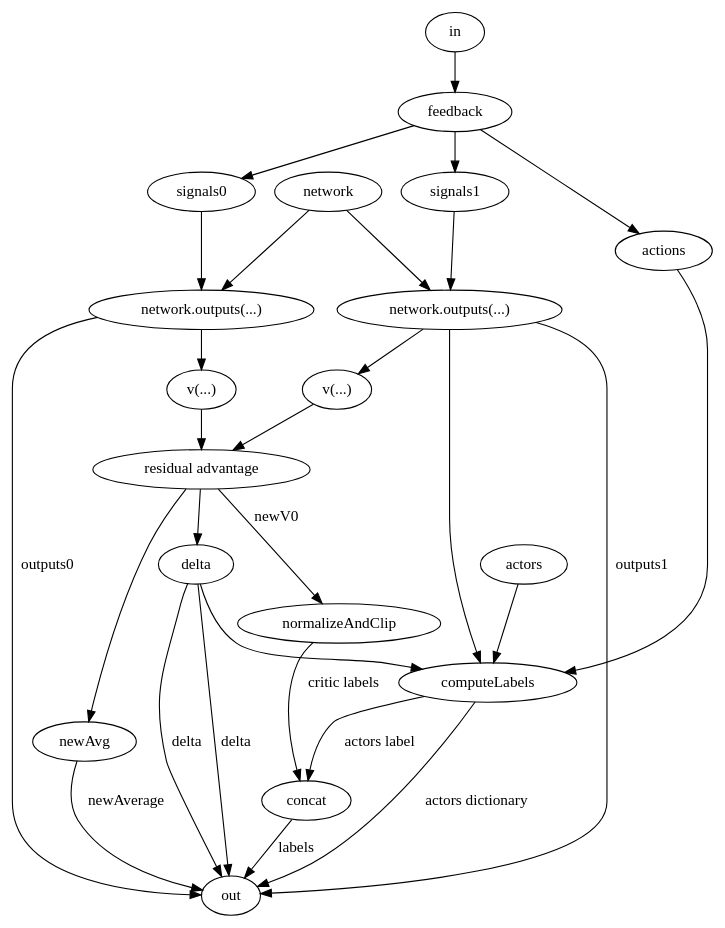
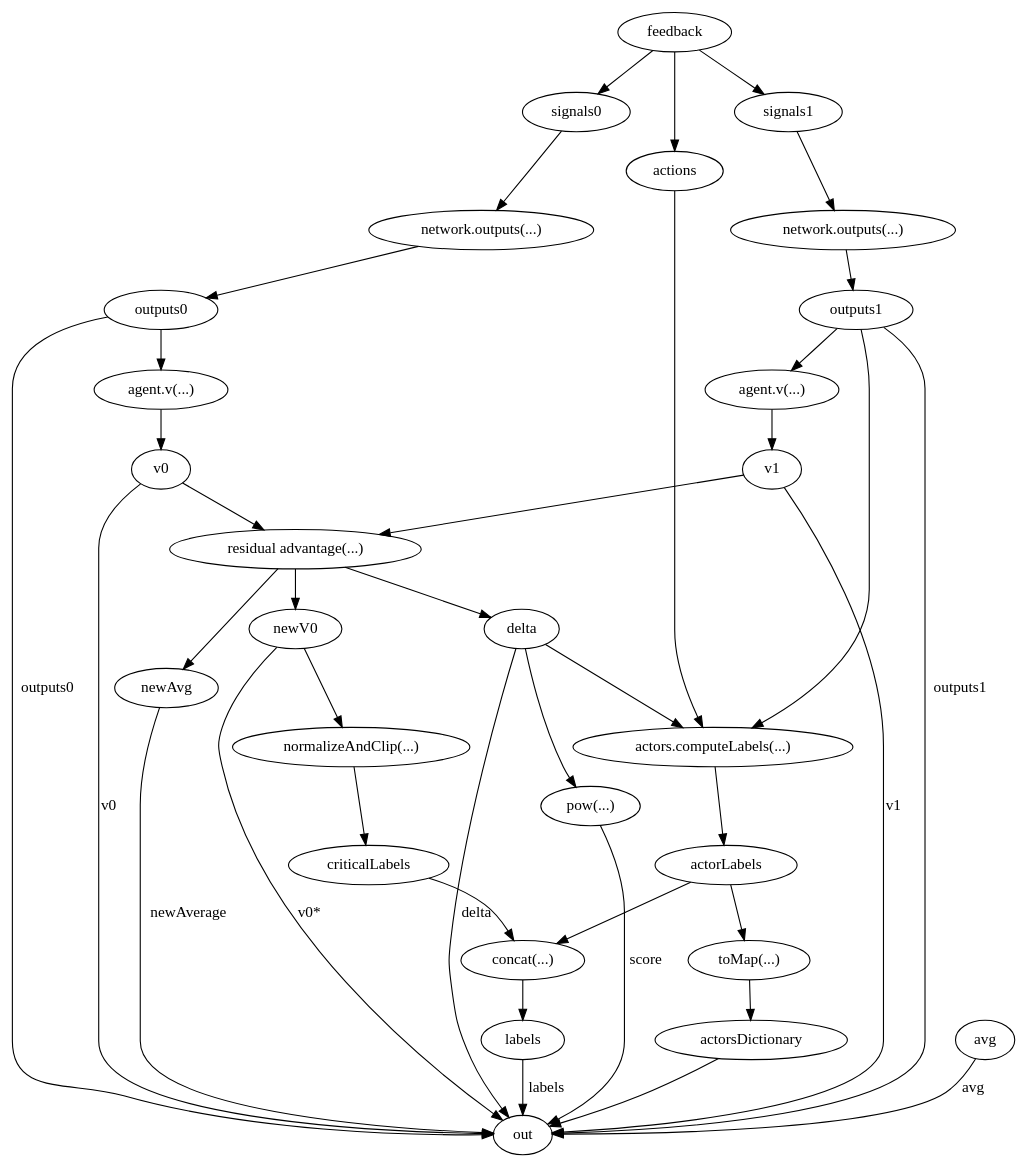
Before and after one commit to m-marini/scalarl: the fourth of 4 diagrams in docs/Charts.md, drawn with Graphviz. The commit also changed 1 other file, not shown here.

Commit message:
removed testEnv2

````diff
--- a/docs/Charts.md
+++ b/docs/Charts.md
@@ -63,45 +63,49 @@
 ```dot
 digraph plannerLoop {
-    ra [label="residual advantage"]
-    outputs0 [label="network.outputs(...)"]
-    outputs1 [label="network.outputs(...)"]
-    v0 [label="v(...)"]
-    v1 [label="v(...)"]
+    foutputs0 [label="network.outputs(...)"]
+    foutputs1 [label="network.outputs(...)"]
+    fv0 [label="agent.v(...)"]
+    fv1 [label="agent.v(...)"]
+    ra [label="residual advantage(...)"]
+    normalizeAndClip [label="normalizeAndClip(...)"]
+    computeLabels [label="actors.computeLabels(...)"]
+    concat [label="concat(...)"]
+    toMap [label="toMap(...)"]
+    pow [label="pow(...)"]
 
-    in->feedback
-    feedback->signals0
-    feedback->signals1
+    feedback->signals0->foutputs0->outputs0->fv0->v0
+
+    feedback->signals1->foutputs1->outputs1->fv1->v1
+    
     feedback->actions
-
-    signals0 -> outputs0
-    network -> outputs0
-    outputs0 -> v0
-    
-    signals1 -> outputs1
-    network -> outputs1
-    outputs1 -> v1
 
     v0 -> ra
     v1 -> ra
 
-    ra -> normalizeAndClip [label=newV0]
+    ra -> newV0 ->normalizeAndClip -> criticalLabels
     ra -> delta
     ra -> newAvg
     
     outputs1 -> computeLabels
     actions-> computeLabels
     delta ->  computeLabels
-    actors -> computeLabels
 
-    normalizeAndClip -> concat [label="critic labels"]
-    computeLabels -> concat [label="actors label"]
+    computeLabels -> actorLabels -> toMap-> actorsDictionary
 
-    computeLabels -> out [label="actors dictionary"]
-    concat -> out [label="labels"]
+    criticalLabels -> concat
+    actorLabels -> concat-> labels
+
+    labels -> out [label="labels"]
+    v0 -> out [label="v0"]
+    v1 -> out [label="v1"]
+    newV0-> out [label="v0*"]
     outputs0 -> out [label="outputs0"]
     outputs1 -> out [label="outputs1"]
     delta -> out [label="delta"]
-    delta -> out [label="delta"]
+    delta -> pow
+    pow ->out [label="score"]
     newAvg-> out [label="newAverage"]
+    avg-> out [label="avg"]
+    actorsDictionary-> out
 }
 ```
````
